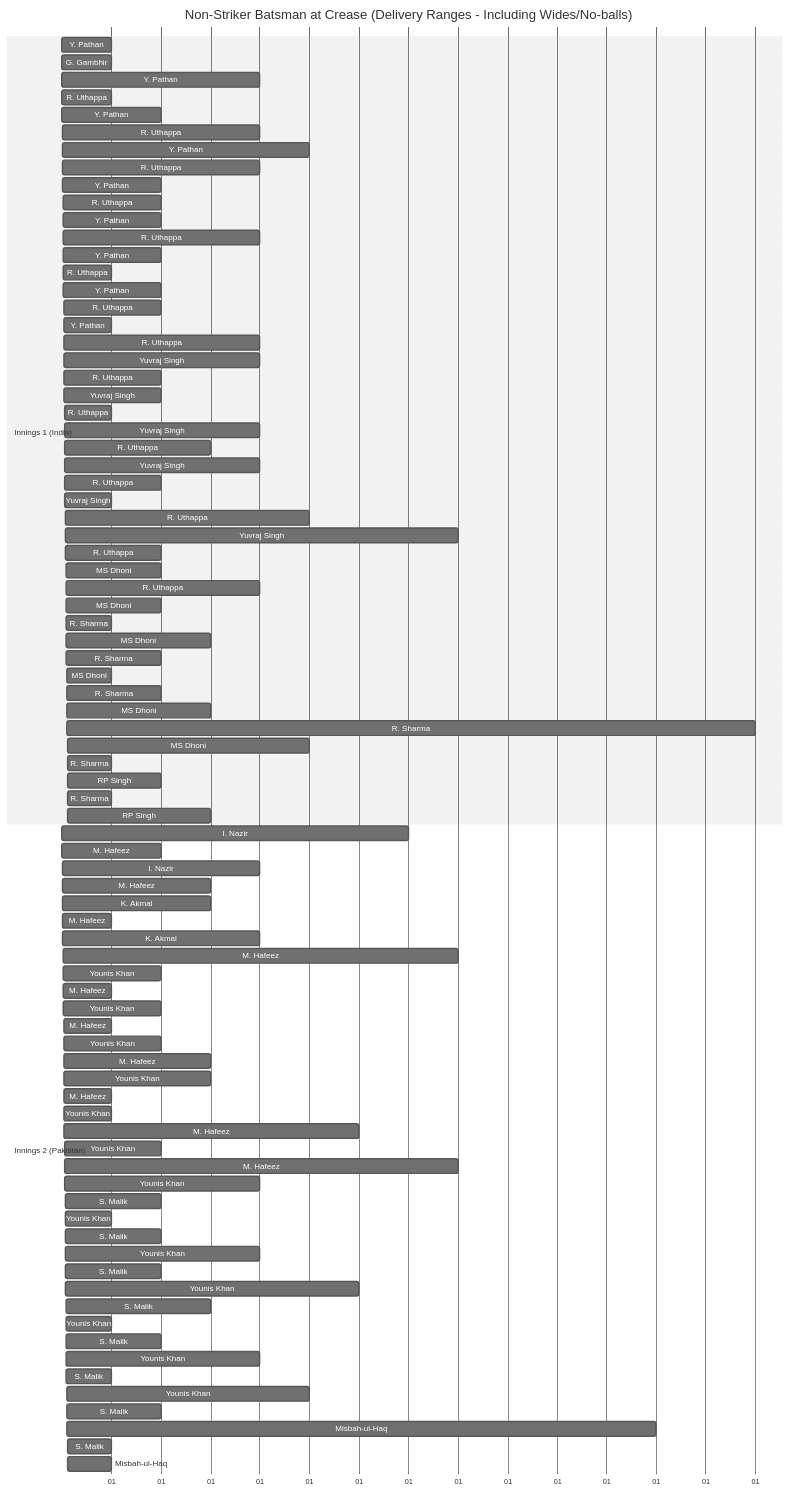
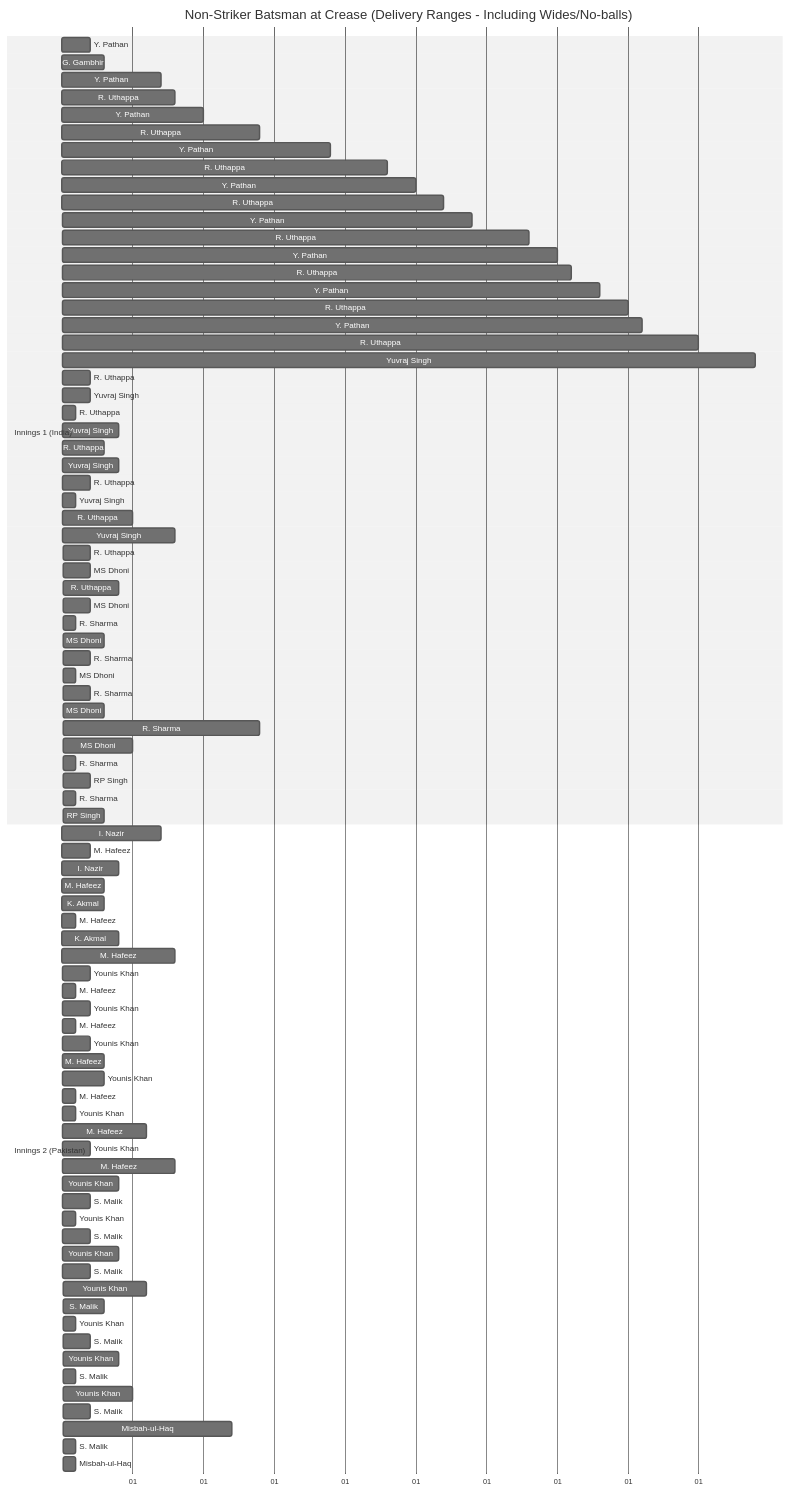
One commit to Varun-bhim/T20_Simulator changed the diagram in non_striker_gantt.md. Above: the diagram before and after it, drawn with Mermaid (neutral theme).

Commit message:
Update scores for players in non_striker_gantt.md

```diff
--- a/non_striker_gantt.md
+++ b/non_striker_gantt.md
@@ -24,25 +24,25 @@
     axisFormat %d
 
     section Innings 1 (India)
-    Y. Pathan : 1, 1
-    G. Gambhir : 2, 1
-    Y. Pathan : 3, 4
-    R. Uthappa : 7, 1
-    Y. Pathan : 8, 2
-    R. Uthappa : 10, 4
-    Y. Pathan : 14, 5
-    R. Uthappa : 19, 4
-    Y. Pathan : 23, 2
-    R. Uthappa : 25, 2
-    Y. Pathan : 27, 2
-    R. Uthappa : 29, 4
-    Y. Pathan : 33, 2
-    R. Uthappa : 35, 1
-    Y. Pathan : 36, 2
-    R. Uthappa : 38, 2
-    Y. Pathan : 40, 1
-    R. Uthappa : 41, 4
-    Yuvraj Singh : 45, 4
+    Y. Pathan : 1, 2
+    G. Gambhir : 2, 3
+    Y. Pathan : 3, 7
+    R. Uthappa : 7, 8
+    Y. Pathan : 8, 10
+    R. Uthappa : 10, 14
+    Y. Pathan : 14, 19
+    R. Uthappa : 19, 23
+    Y. Pathan : 23, 25
+    R. Uthappa : 25, 27
+    Y. Pathan : 27, 29
+    R. Uthappa : 29, 33
+    Y. Pathan : 33, 35
+    R. Uthappa : 35, 36
+    Y. Pathan : 36, 38
+    R. Uthappa : 38, 40
+    Y. Pathan : 40, 41
+    R. Uthappa : 41, 45
+    Yuvraj Singh : 45, 49
     R. Uthappa : 49, 2
     Yuvraj Singh : 51, 2
     R. Uthappa : 53, 1
```
